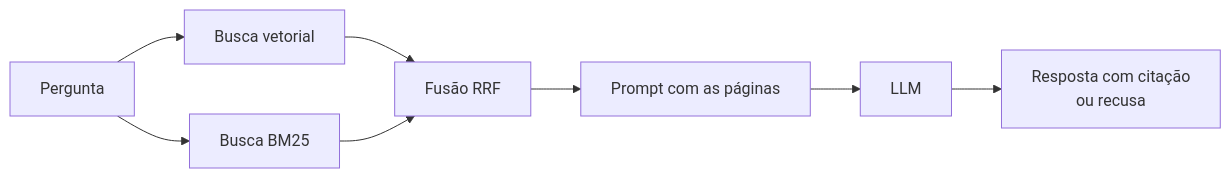
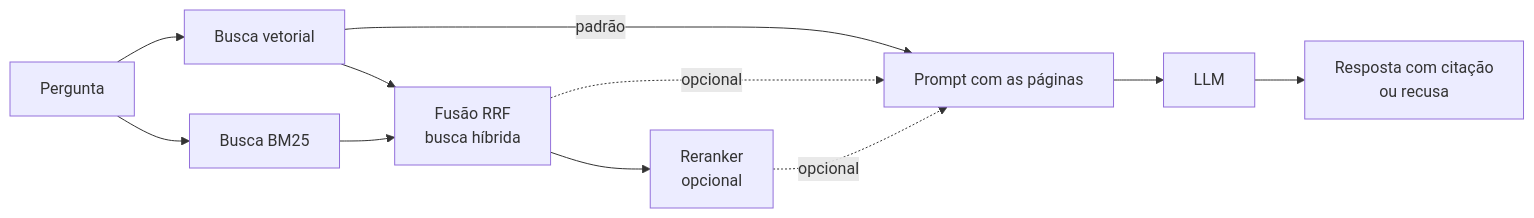
One commit to Oseiasdfarias/rag-manual-poc changed the second of 2 diagrams in README.md. Above: the diagram before and after it, drawn with Mermaid. The commit also changed other lines of this file and 1 other file, not shown here.

````diff
--- a/README.md
+++ b/README.md
@@ -44,10 +47,13 @@
 ```mermaid
 flowchart LR
     Q[Pergunta] --> V[Busca vetorial]
     Q --> K[Busca BM25]
-    V --> R[Fusão RRF]
+    V --> R[Fusão RRF<br/>busca híbrida]
     K --> R
-    R --> P[Prompt com as páginas]
+    R --> X[Reranker<br/>opcional]
+    V -->|padrão| P[Prompt com as páginas]
+    R -.opcional.-> P
+    X -.opcional.-> P
     P --> L[LLM]
     L --> S[Resposta com citação<br/>ou recusa]
 ```
````
